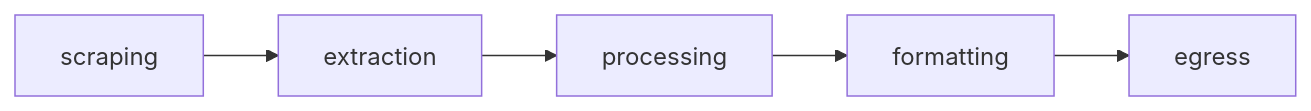
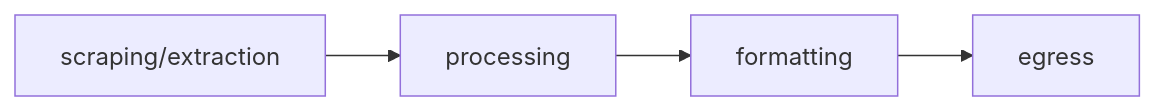
Before and after one commit to BloxedLTD/bloxed-documentation: the second of 2 diagrams in introduction.mdx, drawn with Mermaid. The commit also changed 5 other files, not shown here.

````diff
--- a/introduction.mdx
+++ b/introduction.mdx
@@ -23,7 +23,6 @@
 ```mermaid
   flowchart LR
-    scraping --> extraction
-    extraction --> processing
+    scraping/extraction --> processing
     processing --> formatting
     formatting --> egress
 ```
````
